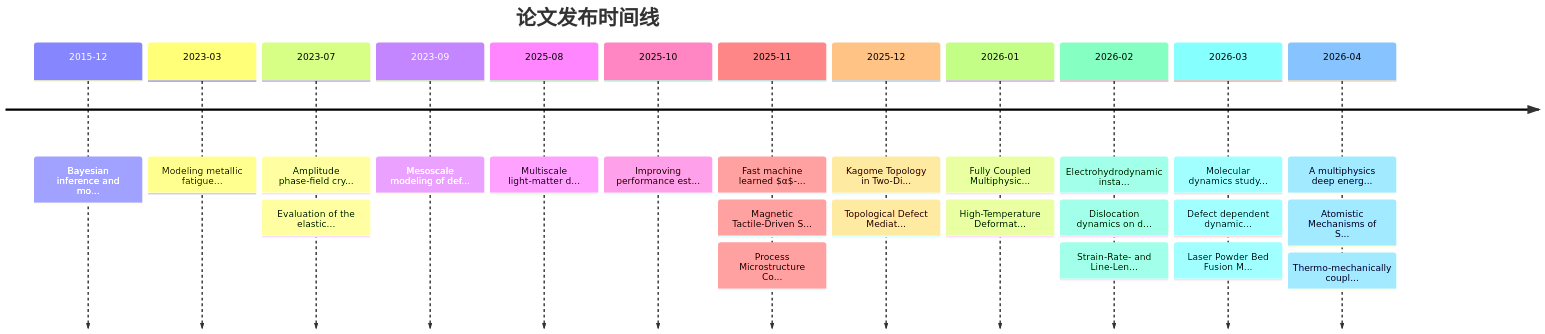
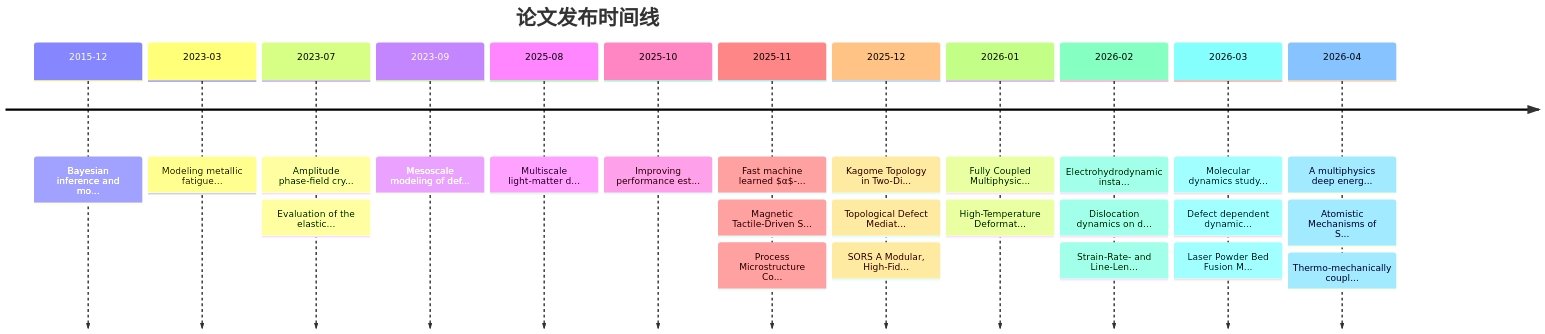
Before and after one commit to Shirakawa11111/BJK_readpaper: the second of 2 diagrams in reports/knowledge_graph.md, drawn with Mermaid. The commit also changed other lines of this file and 11 other files, not shown here.

````diff
--- a/reports/knowledge_graph.md
+++ b/reports/knowledge_graph.md
@@ -119,16 +119,16 @@
 ```mermaid
 timeline
     title 论文发布时间线
     2015-12 : Bayesian inference and mo...
     2023-03 : Modeling metallic fatigue...
     2023-07 : Amplitude phase-field cry... : Evaluation of the elastic...
     2023-09 : Mesoscale modeling of def...
     2025-08 : Multiscale light-matter d...
     2025-10 : Improving performance est...
     2025-11 : Fast machine learned $α$-... : Magnetic Tactile-Driven S... : Process Microstructure Co...
-    2025-12 : Kagome Topology in Two-Di... : Topological Defect Mediat...
+    2025-12 : Kagome Topology in Two-Di... : Topological Defect Mediat... : SORS A Modular, High-Fid...
     2026-01 : Fully Coupled Multiphysic... : High-Temperature Deformat...
     2026-02 : Electrohydrodynamic insta... : Dislocation dynamics on d... : Strain-Rate- and Line-Len...
     2026-03 : Molecular dynamics study... : Defect dependent dynamic... : Laser Powder Bed Fusion M...
     2026-04 : A multiphysics deep energ... : Atomistic Mechanisms of S... : Thermo-mechanically coupl...
 ```
````
